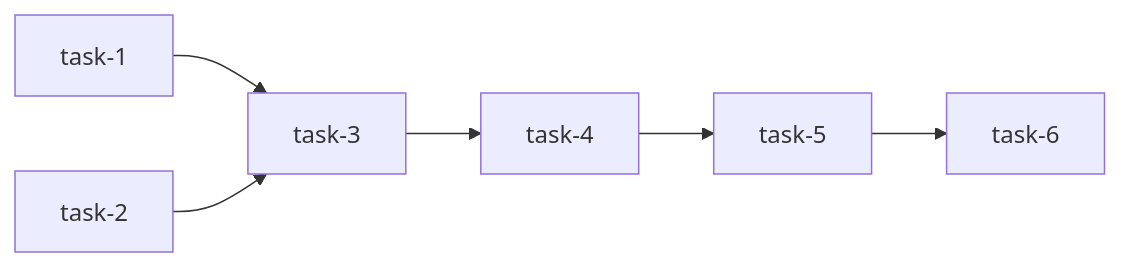
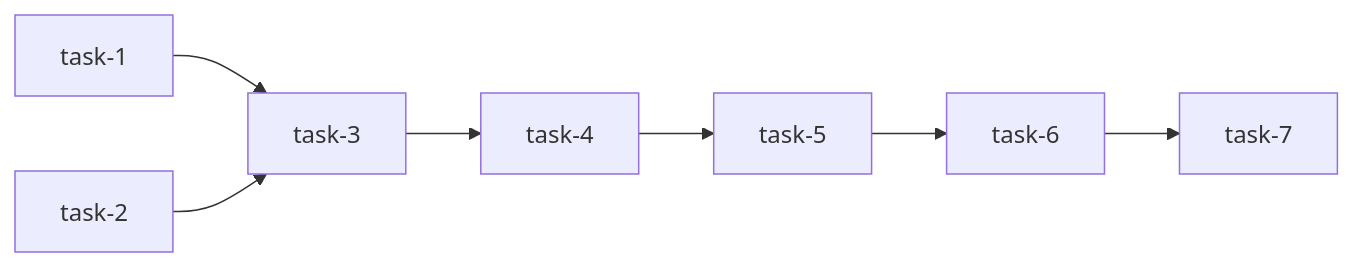
Before and after one commit to merge-mates/patent-ai-workspace: the fifth of 5 diagrams in docs/features/F1/tasks.md, drawn with Mermaid. The commit also changed other lines of this file, not shown here.

First line of the commit message:
docs(docs): F1 m1-i2-18 task-7 계획 (인용 없는 줄의 위치 없음, 11/19 승인)

````diff
--- a/docs/features/F1/tasks.md
+++ b/docs/features/F1/tasks.md
@@ -232,8 +232,9 @@
 ```mermaid
 graph LR
     task-1 --> task-3
     task-2 --> task-3
     task-3 --> task-4
     task-4 --> task-5
     task-5 --> task-6
+    task-6 --> task-7
 ```
````
